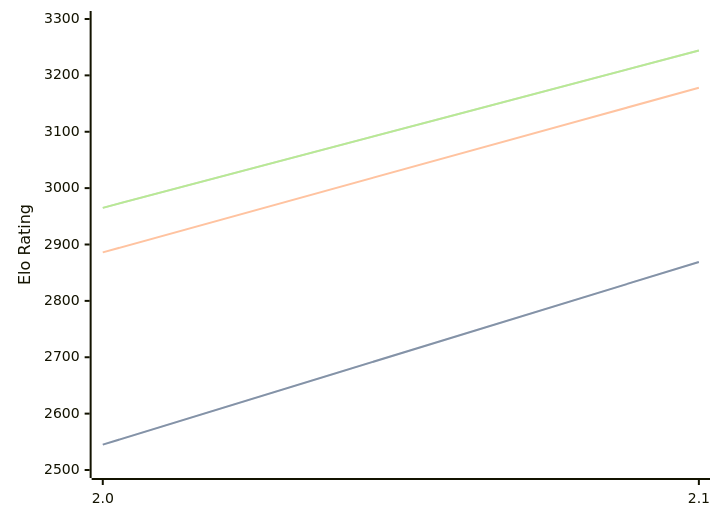
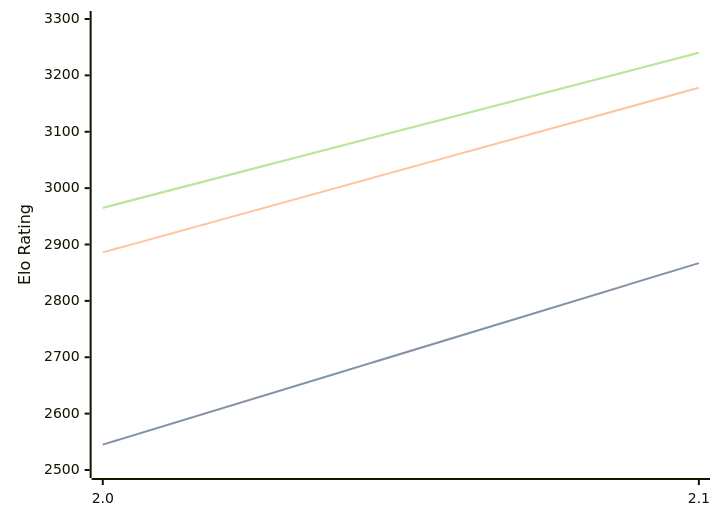
One commit to computer-chess-index/cci changed the diagram in engines/Tunguska.md. Above: the diagram before and after it, drawn with Mermaid. The commit also changed other lines of this file, not shown here.

Commit message:
Update CCI Ratings (ELO VLTC) - 2026-04-29

````diff
--- a/engines/Tunguska.md
+++ b/engines/Tunguska.md
@@ -32,11 +32,11 @@
 ```mermaid
 %%{init: {"theme":"base","themeVariables":{"seriesColors:['#a3a3a3','#222221','#faa371']}}}%%
 xychart-beta
   x-axis ["2.0", "2.1"]
   y-axis "Elo Rating" 2500 --> 3300
-  line "STC (8.0+0.08s)" [2545, 2869]
-  line "STC (8.0+0.08s)" [2545, 2869]
+  line "STC (8.0+0.08s)" [2545, 2867]
+  line "STC (8.0+0.08s)" [2545, 2867]
   line "LTC (60.0+0.60s)" [2886, 3178]
-  line "VLTC (2m24s+1.12s)" [2965, 3244]
-  line "VLTC (2m24s+1.12s)" [2965, 3244]
+  line "VLTC (2m24s+1.12s)" [2965, 3240]
+  line "VLTC (2m24s+1.12s)" [2965, 3240]
 ```
````
